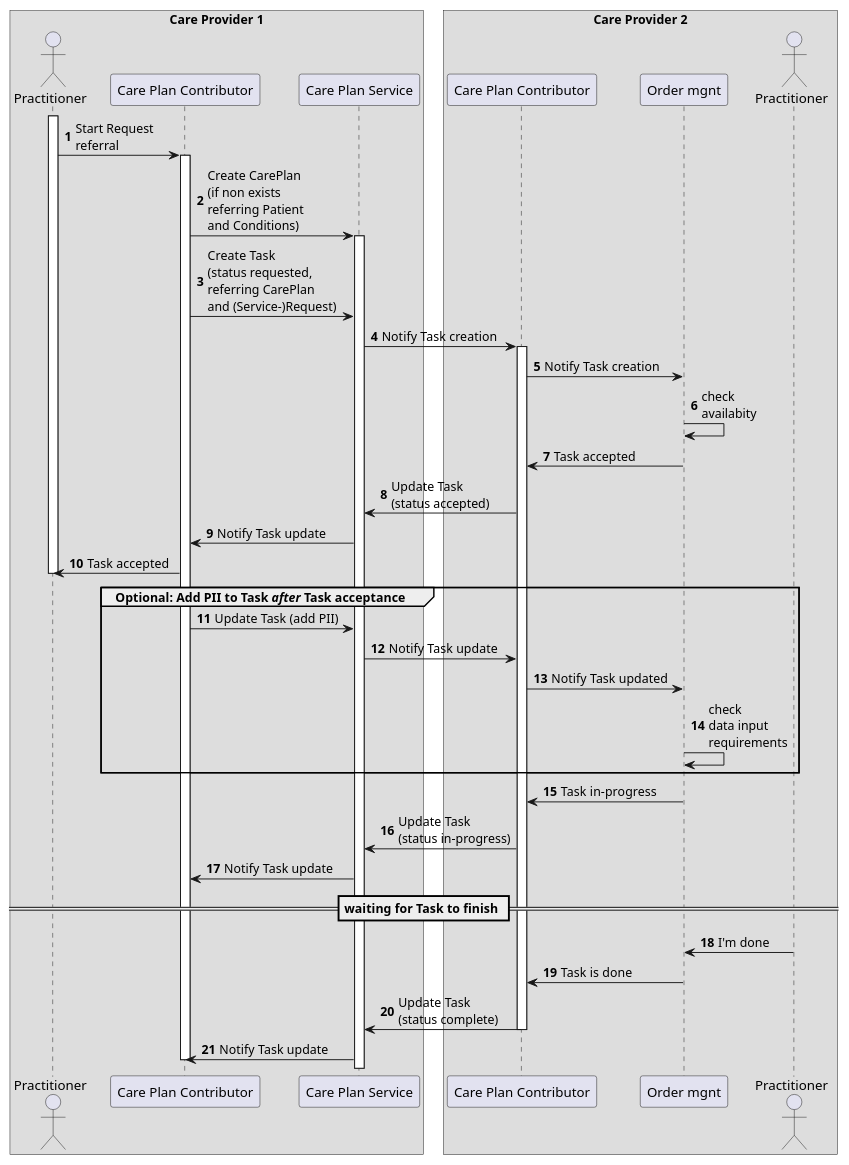
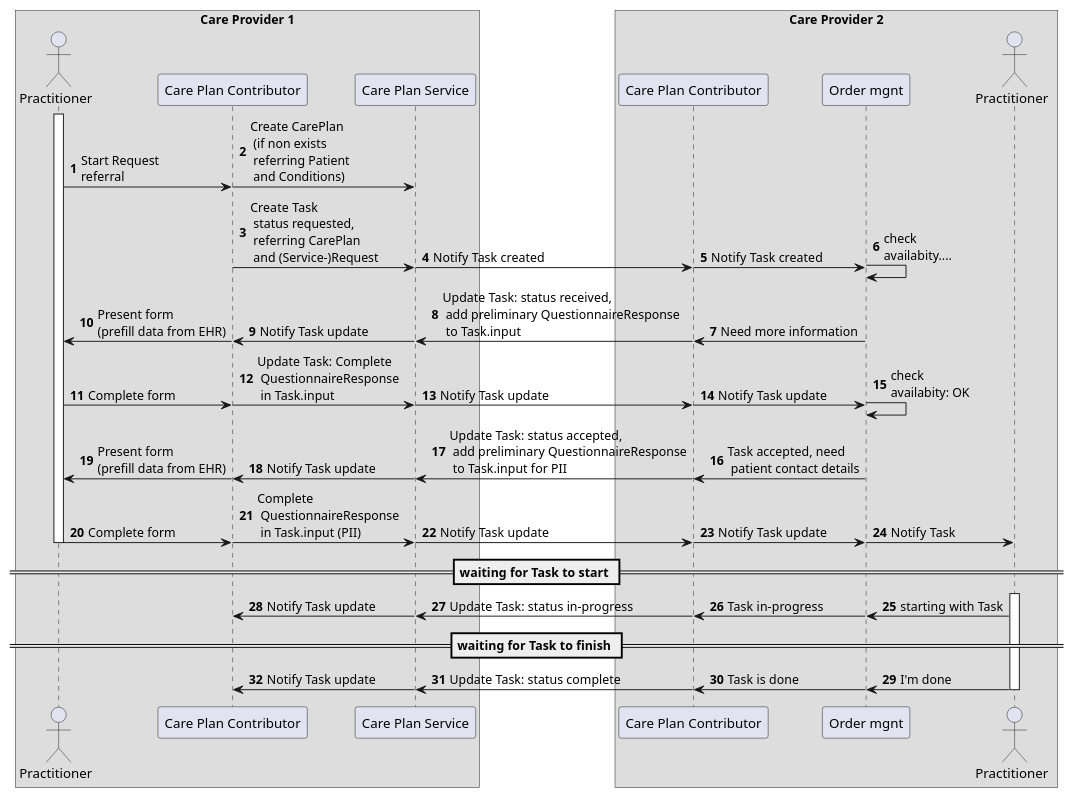
Before and after one commit to SanteonNL/shared-care-planning: the diagram in input/images-source/task-negotiation-overview-1-2.plantuml, drawn with PlantUML. The commit also changed 22 other files, not shown here.

```diff
--- a/input/images-source/task-negotiation-overview-1-2.plantuml
+++ b/input/images-source/task-negotiation-overview-1-2.plantuml
@@ -1,52 +1,62 @@
 @startuml task-negotiation-overview-1-2
 autonumber
-
+!pragma teoz true
 
 ' title Use Case Home monitoring - Hospital onboarding Patient at Monitoring Clinic
 
 box Care Provider 1
     actor "Practitioner" as Practitioner1
     participant "Care Plan Contributor" as CPC1
     participant "Care Plan Service" as CPS
 end box
 box Care Provider 2
     participant "Care Plan Contributor" as CPC2
     participant "Order mgnt" as EHR2
     actor "Practitioner" as Practitioner2
 end box
 
 activate Practitioner1
 Practitioner1 -> CPC1 : Start Request\nreferral
-activate CPC1
-CPC1 -> CPS : Create CarePlan\n(if non exists\nreferring Patient\nand Conditions)
-activate CPS
-CPC1 -> CPS : Create Task\n(status requested,\nreferring CarePlan\nand (Service-)Request)
-CPS -> CPC2 : Notify Task creation
-activate CPC2
-CPC2 -> EHR2 : Notify Task creation
-EHR2 -> EHR2 : check\navailabity
-EHR2 -> CPC2 : Task accepted
-CPC2 -> CPS : Update Task\n(status accepted)
-CPS -> CPC1 : Notify Task update
-CPC1 -> Practitioner1 : Task accepted
+& CPC1 -> CPS : Create CarePlan\n (if non exists\n referring Patient\n and Conditions)
+CPC1 -> CPS : Create Task\n status requested,\n referring CarePlan\n and (Service-)Request
+& CPS -> CPC2  : Notify Task created
+& CPC2 -> EHR2  : Notify Task created
+& EHR2 -> EHR2 : check\navailabity....
+
+EHR2 -> CPC2 : Need more information
+& CPC2 -> CPS  : Update Task: status received,\n add preliminary QuestionnaireResponse\n to Task.input
+& CPS -> CPC1 : Notify Task update
+& CPC1 -> Practitioner1 : Present form\n(prefill data from EHR)
+
+Practitioner1 -> CPC1 : Complete form
+& CPC1 -> CPS : Update Task: Complete\n QuestionnaireResponse\n in Task.input
+& CPS -> CPC2 : Notify Task update
+& CPC2 -> EHR2 : Notify Task update
+& EHR2 -> EHR2 : check\navailabity: OK
+
+EHR2 -> CPC2 : Task accepted, need\n patient contact details
+& CPC2 -> CPS : Update Task: status accepted,\n add preliminary QuestionnaireResponse\n to Task.input for PII
+& CPS -> CPC1 : Notify Task update
+& CPC1 -> Practitioner1 : Present form\n(prefill data from EHR)
+Practitioner1 -> CPC1 : Complete form
+& CPC1 -> CPS : Complete\n QuestionnaireResponse\n in Task.input (PII)
+
+& CPS -> CPC2 : Notify Task update
+& CPC2 -> EHR2 : Notify Task update
+& EHR2 -> Practitioner2 : Notify Task
 deactivate Practitioner1
-group Optional: Add PII to Task //after// Task acceptance
-CPC1 -> CPS : Update Task (add PII)
-CPS -> CPC2 : Notify Task update
-CPC2 -> EHR2 : Notify Task updated
-EHR2 -> EHR2 : check\ndata input\nrequirements
-end group
-{taskprogress} EHR2 -> CPC2 : Task in-progress
-CPC2 -> CPS : Update Task\n(status in-progress)
-CPS -> CPC1 : Notify Task update
+
+== waiting for Task to start ==
+activate Practitioner2
+Practitioner2 -> EHR2 : starting with Task
+& EHR2 -> CPC2 : Task in-progress
+& CPC2 -> CPS : Update Task: status in-progress
+& CPS -> CPC1 : Notify Task update
+
 == waiting for Task to finish ==
- Practitioner2 -> EHR2 : I'm done
-
-{taskdone} EHR2 -> CPC2 : Task is done
-{taskprogress} <-> {taskdone} : some time
-CPC2 -> CPS : Update Task\n(status complete)
-deactivate CPC2
-CPS -> CPC1 : Notify Task update
-deactivate CPC1
-deactivate CPC1
+Practitioner2 -> EHR2 : I'm done
+& EHR2 -> CPC2 : Task is done
+& CPC2 -> CPS : Update Task: status complete
+& CPS -> CPC1 : Notify Task update
+deactivate Practitioner2
 @enduml
```
